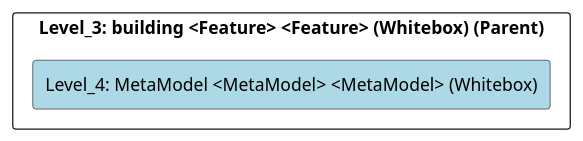
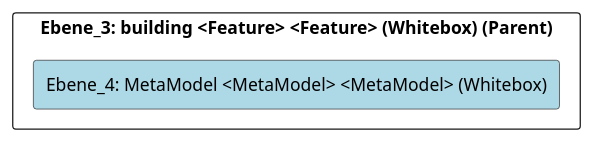
One commit to marcozwyssig/cleon changed the diagram in doc/cleonproject_deliverables_architecture_model_architecture/adoc/de/05_bausteinsicht/cleon/common/building/metamodel/ebene_4_metamodel.adoc. Above: the diagram before and after it, drawn with PlantUML. The commit also changed other lines of this file and 214 other files, not shown here.

```diff
--- a/doc/cleonproject_deliverables_architecture_model_architecture/adoc/de/05_bausteinsicht/cleon/common/building/metamodel/ebene_4_metamodel.adoc
+++ b/doc/cleonproject_deliverables_architecture_model_architecture/adoc/de/05_bausteinsicht/cleon/common/building/metamodel/ebene_4_metamodel.adoc
@@ -20,24 +20,24 @@
-[plantuml, Level_4: MetaModel <MetaModel> <MetaModel> (Whitebox)BlockOverview, format="svg"]
+[plantuml, Ebene_4: MetaModel <MetaModel> <MetaModel> (Whitebox)BlockOverview, format="svg"]
 ----
-@startuml Level_4: MetaModel <MetaModel> <MetaModel> (Whitebox)BuildingBlockOverview
+@startuml Ebene_4: MetaModel <MetaModel> <MetaModel> (Whitebox)BuildingBlockOverview
 
 skinparam ranksep 10
 skinparam componentStyle rectangle
 skinparam shadowing false
 skinparam arrowColor lightblue
 skinparam arrowThickness 1.2
 skinparam rectangle {
   BackgroundColor White
   BorderColor #333
   RoundCorner 10
 }
 top to bottom direction
 
-component "Level_3: building <Feature> <Feature> (Whitebox) (Parent)" {
-    component "Level_4: MetaModel <MetaModel> <MetaModel> (Whitebox)" #lightblue {
+component "Ebene_3: building <Feature> <Feature> (Whitebox) (Parent)" {
+    component "Ebene_4: MetaModel <MetaModel> <MetaModel> (Whitebox)" #lightblue {
     }
 
 }
 
 @enduml
 ----
```
